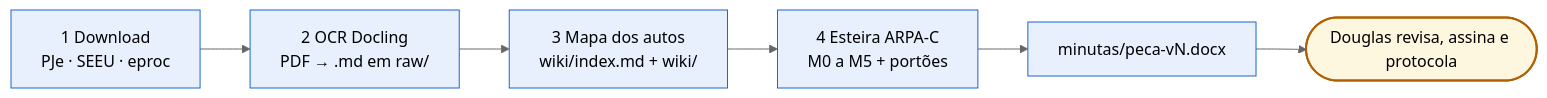
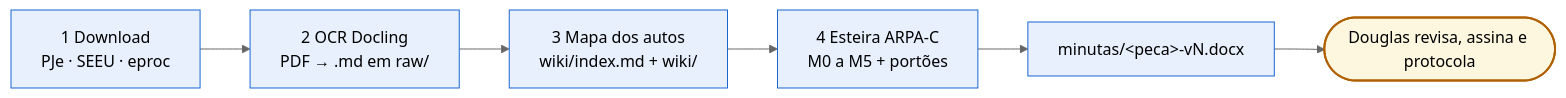
Before and after one commit to drjackhub/AprendendoPython: the diagram in arpa-criminal/skills/automacao-ia-juridica/SKILL.md, drawn with Mermaid (neutral theme). The commit also changed other lines of this file and 13 other files, not shown here.

````diff
--- a/arpa-criminal/skills/automacao-ia-juridica/SKILL.md
+++ b/arpa-criminal/skills/automacao-ia-juridica/SKILL.md
@@ -50,10 +50,10 @@
 ```mermaid
 graph LR
     classDef auto fill:#e8f0fe,stroke:#1967d2,stroke-width:1px;
     classDef humano fill:#fef7e0,stroke:#b06000,stroke-width:2px;
     E1["1 Download<br/>PJe · SEEU · eproc"]:::auto --> E2["2 OCR Docling<br/>PDF → .md em raw/"]:::auto
     E2 --> E3["3 Mapa dos autos<br/>wiki/index.md + wiki/"]:::auto
     E3 --> E4["4 Esteira ARPA-C<br/>M0 a M5 + portões"]:::auto
-    E4 --> D["minutas/peca-vN.docx"]:::auto
+    E4 --> D["minutas/#lt;peca#gt;-vN.docx"]:::auto
     D --> H(["Douglas revisa, assina e protocola"]):::humano
 ```
````
